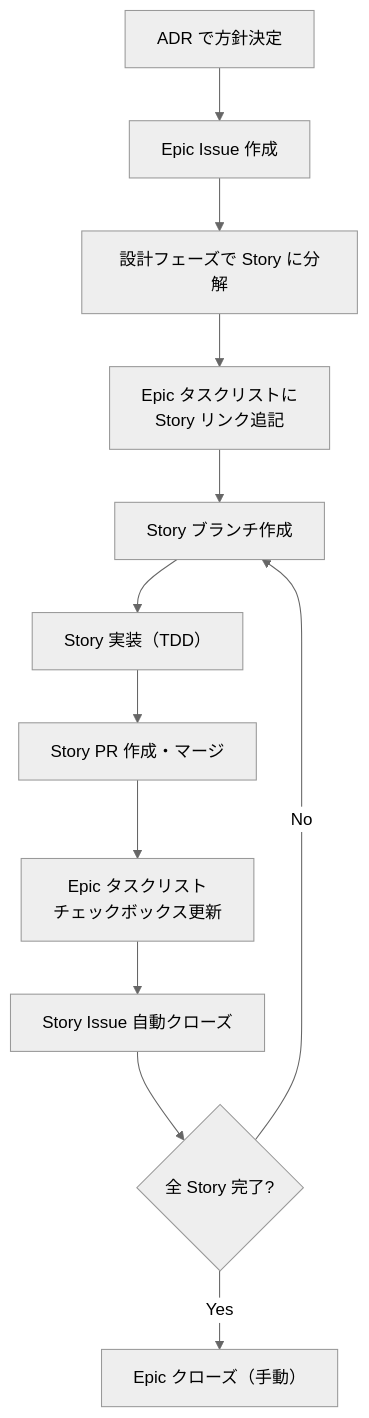
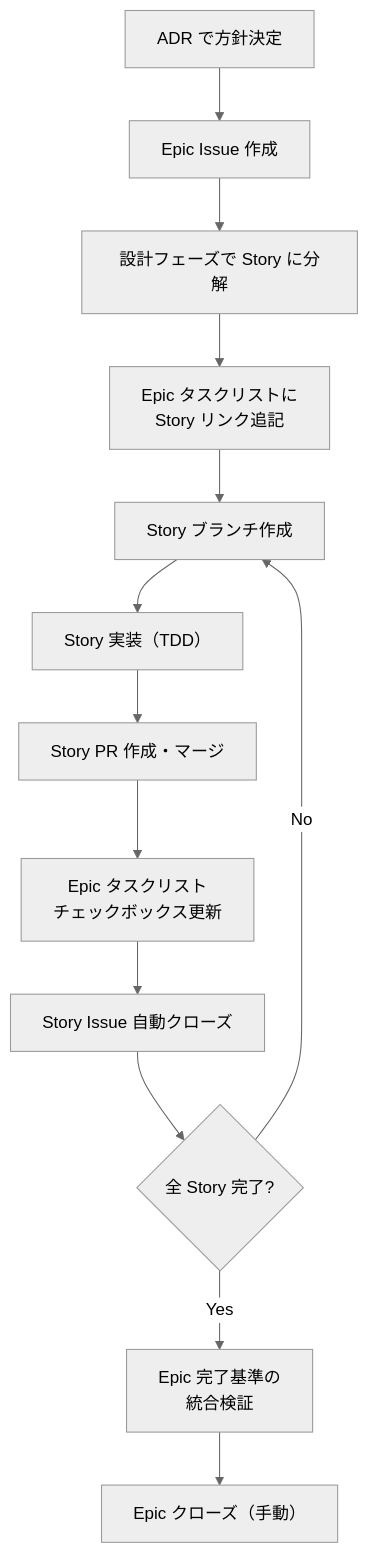
Before and after one commit to ka2kama/ringiflow: the third of 3 diagrams in docs/04_手順書/04_開発フロー/01_Issue駆動開発.md, drawn with Mermaid (neutral theme). The commit also changed other lines of this file and 7 other files, not shown here.

````diff
--- a/docs/04_手順書/04_開発フロー/01_Issue駆動開発.md
+++ b/docs/04_手順書/04_開発フロー/01_Issue駆動開発.md
@@ -843,14 +875,15 @@
 ```mermaid
 flowchart TB
     A["ADR で方針決定"] --> B["Epic Issue 作成"]
     B --> C["設計フェーズで Story に分解"]
     C --> C2["Epic タスクリストに<br/>Story リンク追記"]
     C2 --> D["Story ブランチ作成"]
     D --> E["Story 実装（TDD）"]
     E --> F["Story PR 作成・マージ"]
     F --> F2["Epic タスクリスト<br/>チェックボックス更新"]
     F2 --> G["Story Issue 自動クローズ"]
     G --> H{"全 Story 完了?"}
     H -->|No| D
-    H -->|Yes| I["Epic クローズ（手動）"]
+    H -->|Yes| I["Epic 完了基準の<br/>統合検証"]
+    I --> J["Epic クローズ（手動）"]
 ```
````
